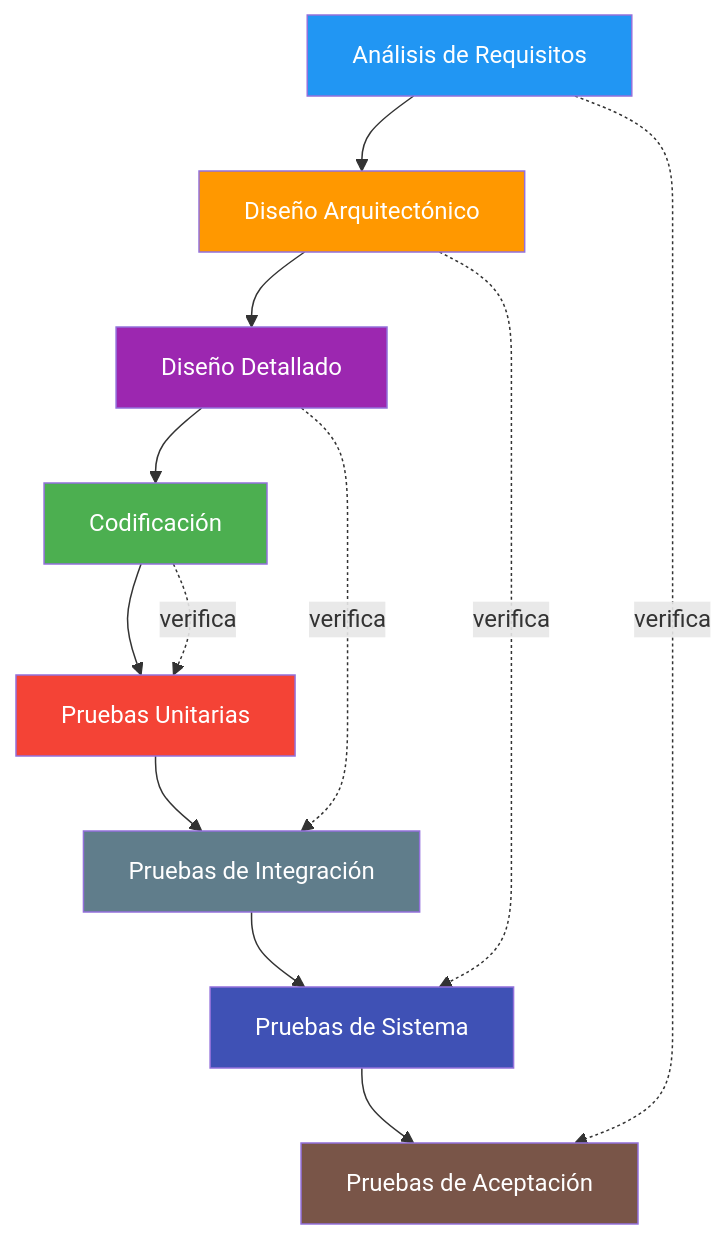
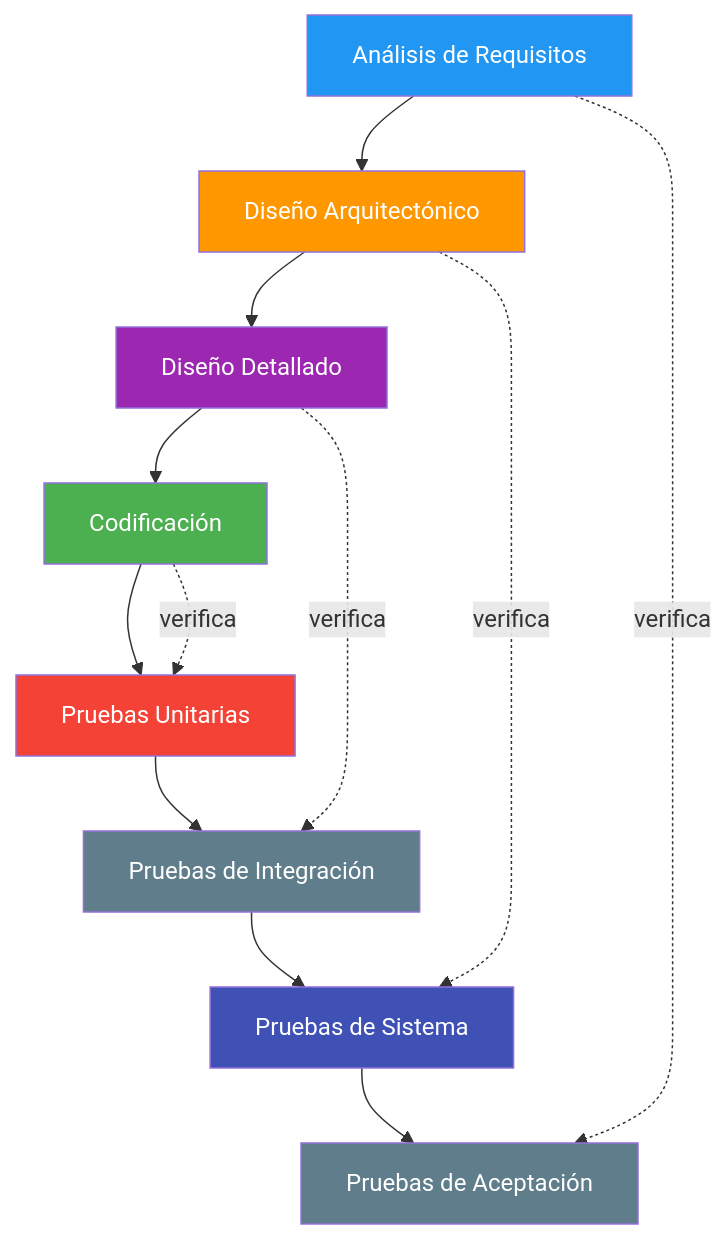
The second of 9 diagrams in 04-modelos-metodologias.md (joseluisgs/EntornosDesarrollo-01-2026-2027), drawn with Mermaid before and after one commit. The commit also changed other lines of this file and 8 other files, not shown here.

````diff
--- a/04-modelos-metodologias.md
+++ b/04-modelos-metodologias.md
@@ -89,24 +89,24 @@
 ```mermaid
 graph TB
     A[Análisis de Requisitos] --> B[Diseño Arquitectónico]
     B --> C[Diseño Detallado]
     C --> D[Codificación]
     D --> E[Pruebas Unitarias]
     E --> F[Pruebas de Integración]
     F --> G[Pruebas de Sistema]
     G --> H[Pruebas de Aceptación]
 
     A -.->|verifica| H
     B -.->|verifica| G
     C -.->|verifica| F
     D -.->|verifica| E
 
     style A fill:#2196F3,color:#fff
     style B fill:#FF9800,color:#fff
     style C fill:#9C27B0,color:#fff
     style D fill:#4CAF50,color:#fff
     style E fill:#f44336,color:#fff
     style F fill:#607D8B,color:#fff
     style G fill:#3F51B5,color:#fff
-    style H fill:#795548,color:#fff
+    style H fill:#607D8B,color:#fff
 ```
````
